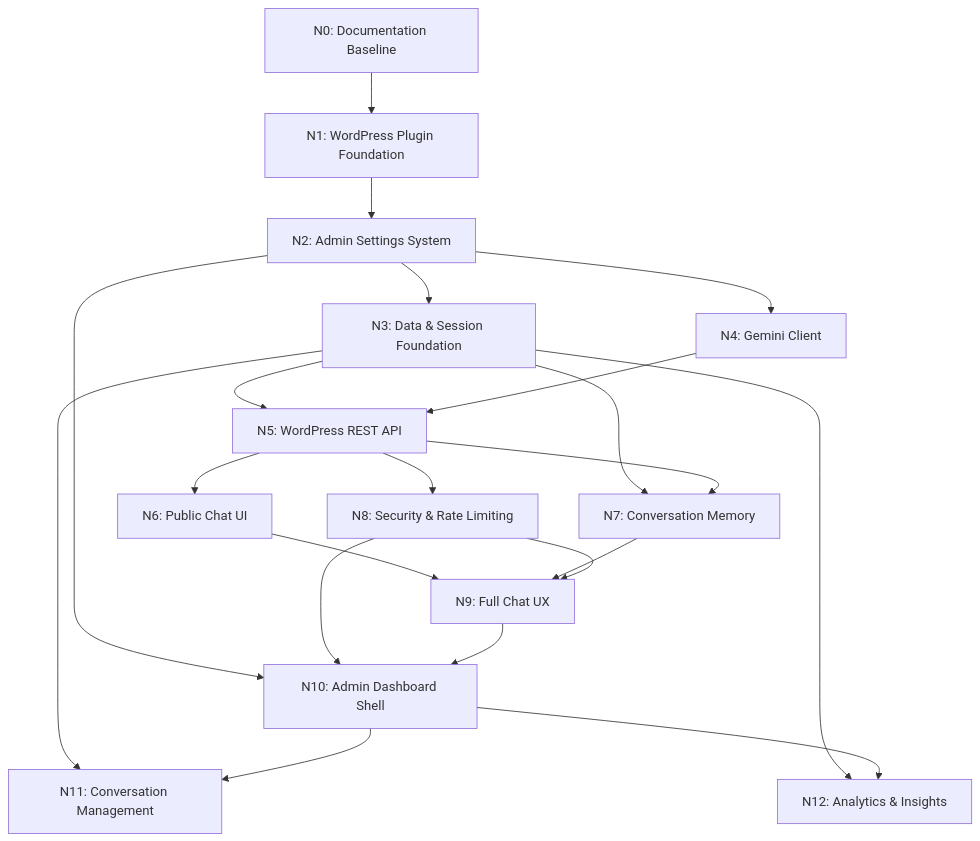
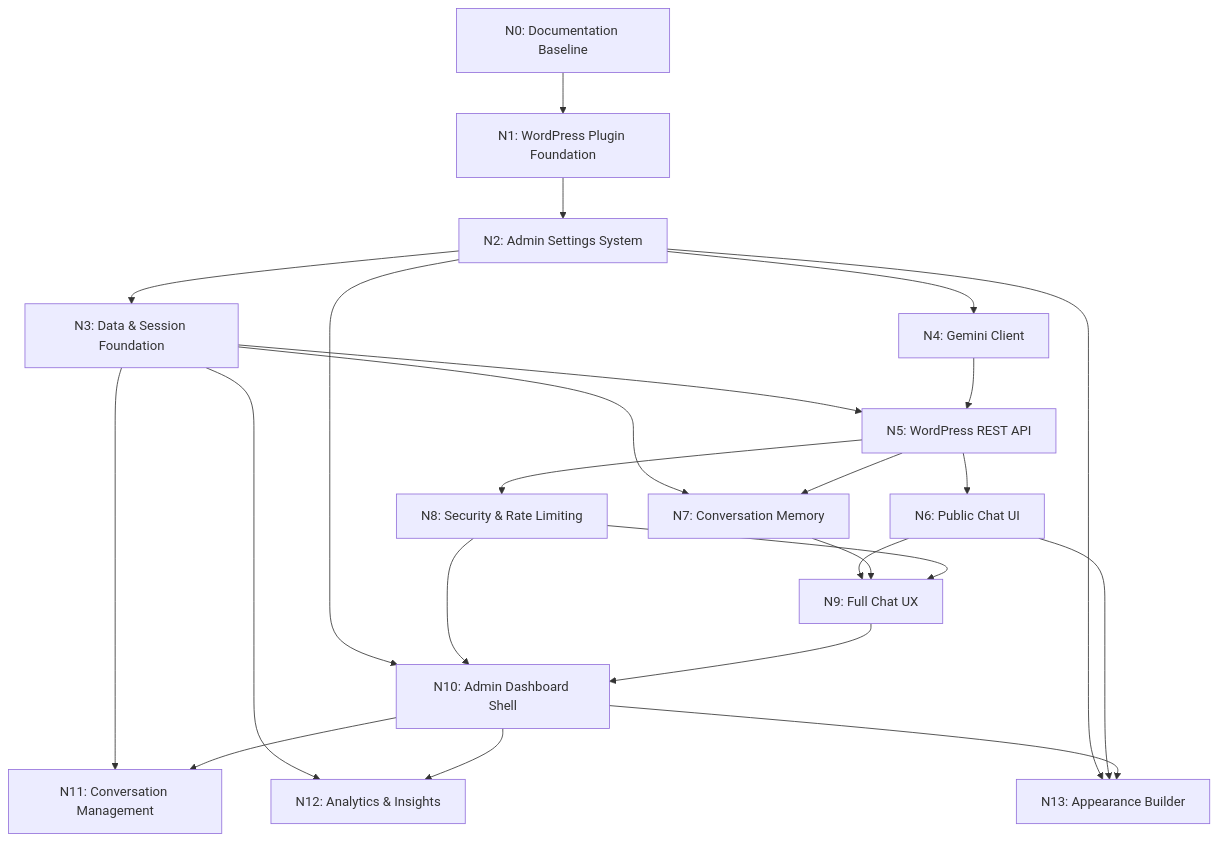
One commit to jattiphrswan/chatbot changed the diagram in ROADMAP.md. Above: the diagram before and after it, drawn with Mermaid. The commit also changed other lines of this file and 15 other files, not shown here.

Commit message:
feat: complete Node N13 Appearance Builder

````diff
--- a/ROADMAP.md
+++ b/ROADMAP.md
@@ -5,23 +5,26 @@
 ```mermaid
 flowchart TD
     N0[N0: Documentation Baseline] --> N1[N1: WordPress Plugin Foundation]
     N1 --> N2[N2: Admin Settings System]
     N2 --> N3[N3: Data & Session Foundation]
     N2 --> N4[N4: Gemini Client]
     N3 --> N5[N5: WordPress REST API]
     N4 --> N5
     N5 --> N6[N6: Public Chat UI]
     N3 --> N7[N7: Conversation Memory]
     N5 --> N7
     N5 --> N8[N8: Security & Rate Limiting]
     N6 --> N9[N9: Full Chat UX]
     N7 --> N9
     N8 --> N9
     N2 --> N10[N10: Admin Dashboard Shell]
     N8 --> N10
     N9 --> N10
     N3 --> N11[N11: Conversation Management]
     N10 --> N11
     N3 --> N12[N12: Analytics & Insights]
     N10 --> N12
+    N2 --> N13[N13: Appearance Builder]
+    N6 --> N13
+    N10 --> N13
 ```
````
